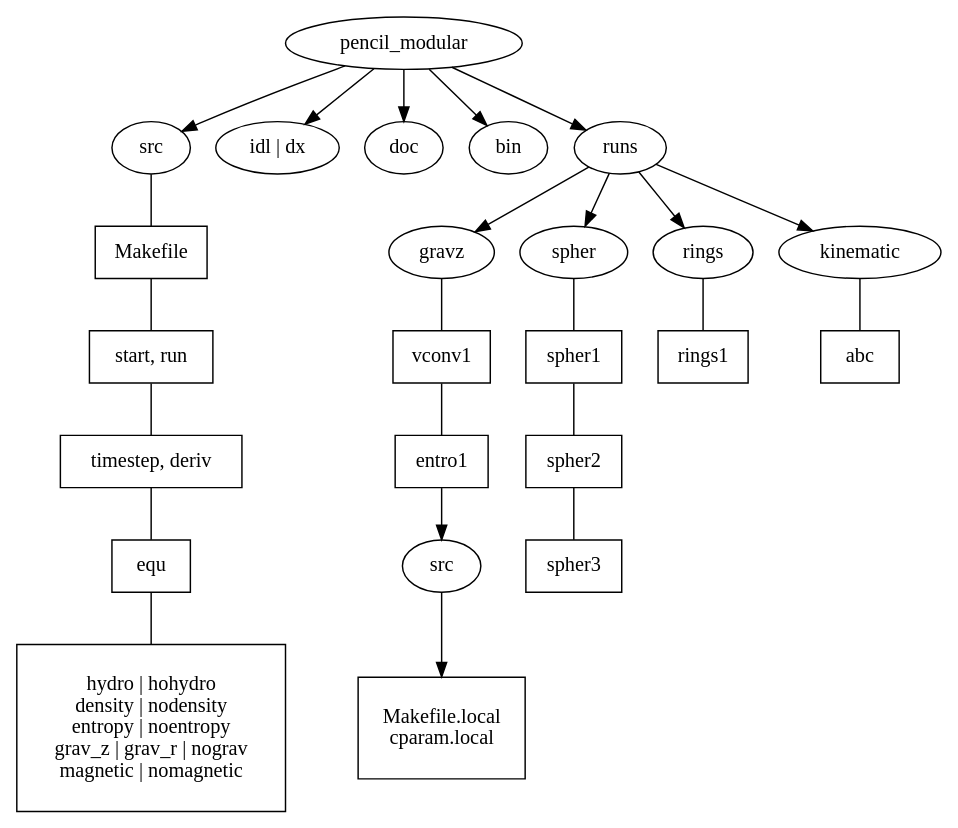
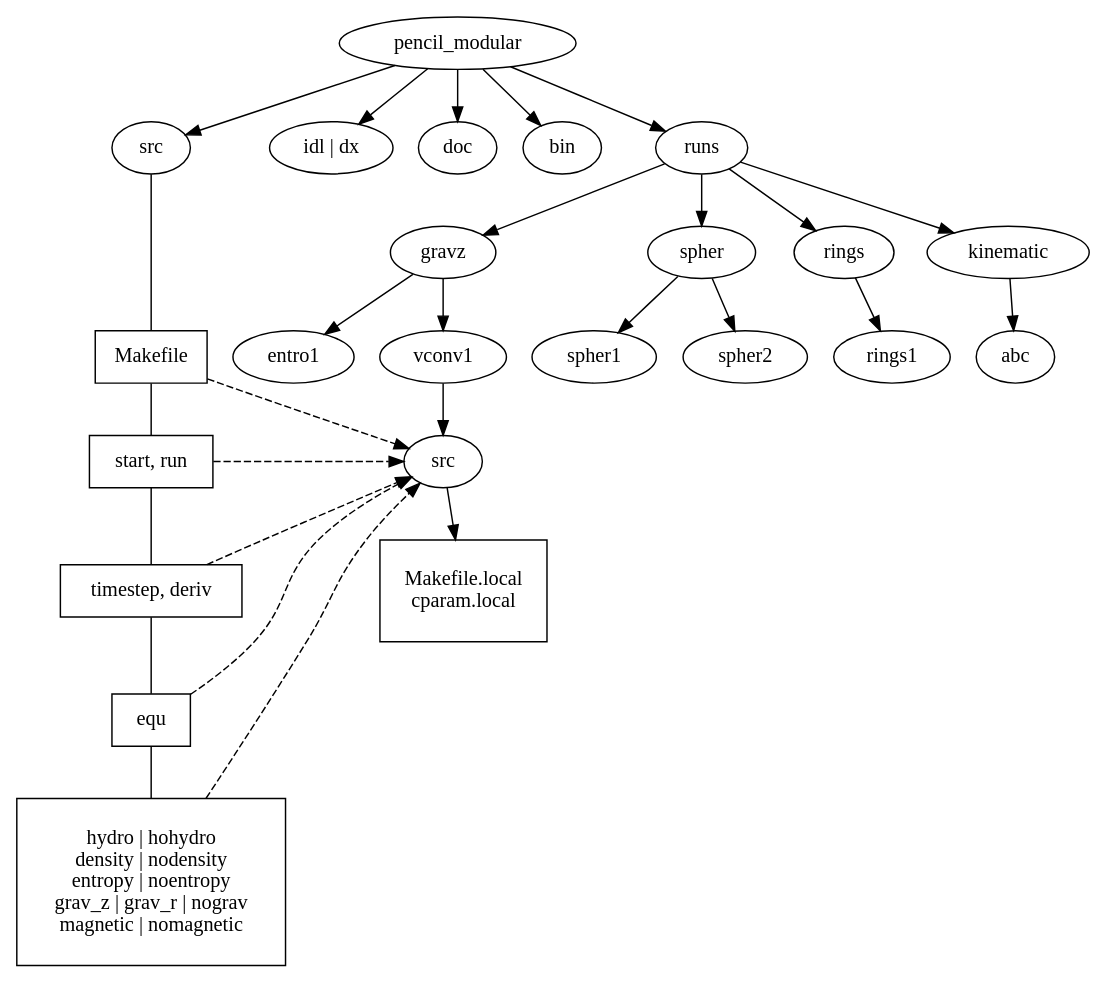
Before and after one commit to pencil-code/pencil-code: the diagram in doc/structure.dot, drawn with Graphviz.

Commit message:
Added links from src to runs/gravz/vconv1/src

```diff
--- a/doc/structure.dot
+++ b/doc/structure.dot
@@ -1,50 +1,59 @@
 /* Mutual dependencies for the pencil_modular code.
    Run this through
      dot -Tps structure.dot -o struct.ps
    to obtain a PostScript graph. dot is part of AT&T's `graphviz'
    package.
  */
 digraph G {
 
   /* Top directory */
   node [shape=ellipse];
   { pencil_modular }
 
   /* */
   node [shape=ellipse];
   { rank=same; src; idl_dx; doc; bin; runs }
 
   idl_dx [label="idl | dx"];
 
   pencil_modular -> src;
   pencil_modular -> idl_dx;
   pencil_modular -> bin;
   pencil_modular -> doc;
   pencil_modular -> runs;
 
-  runs->gravz;
-  runs->spher;
-  runs->rings;
-  runs->kinematic;
+  runs->gravz    ->entro1;
+  runs->spher    ->spher1;
+  runs->rings    ->rings1;
+  runs->kinematic->abc;
 
-  /* src directory */
+  gravz->vconv1;
+  spher->spher2;
+
+
+  /* Switch default to boxed (for files) */
   node [shape=box];
   { Makefile; startrun; scheme; equ; physics; }
 
   startrun [label="start, run"];
   scheme   [label="timestep, deriv"];
   physics  [label="\nhydro | hohydro\ndensity | nodensity\nentropy | noentropy\ngrav_z | grav_r | nograv\nmagnetic | nomagnetic\n\n"];
 
-  src->Makefile->startrun->scheme->equ->physics [dir=none];
+  src->Makefile->startrun->scheme->equ->physics [dir=none,weight=5];
 
-  gravz->vconv1->entro1 [dir=none];
-  rings->rings1 [dir=none];
-  spher->spher1->spher2->spher3 [dir=none];
-  kinematic->abc [dir=none];
 
-  entro1->src1;
+  vconv1->src1[weight=5];
   src1 [shape=ellipse, label="src"];
-  src1->src_local;
+  src1->src_local[weight=5];
   src_local[label="\nMakefile.local\ncparam.local\n\n"];
 
+
+  /* Indicate links from src to runs/gravz/vconv1/src*/
+  Makefile -> src1 [style=dashed];
+  startrun -> src1 [style=dashed];
+  scheme   -> src1 [style=dashed];
+  equ      -> src1 [style=dashed];
+  physics  -> src1 [style=dashed];
+
+  { rank = same; startrun; src1 }
 }
```
